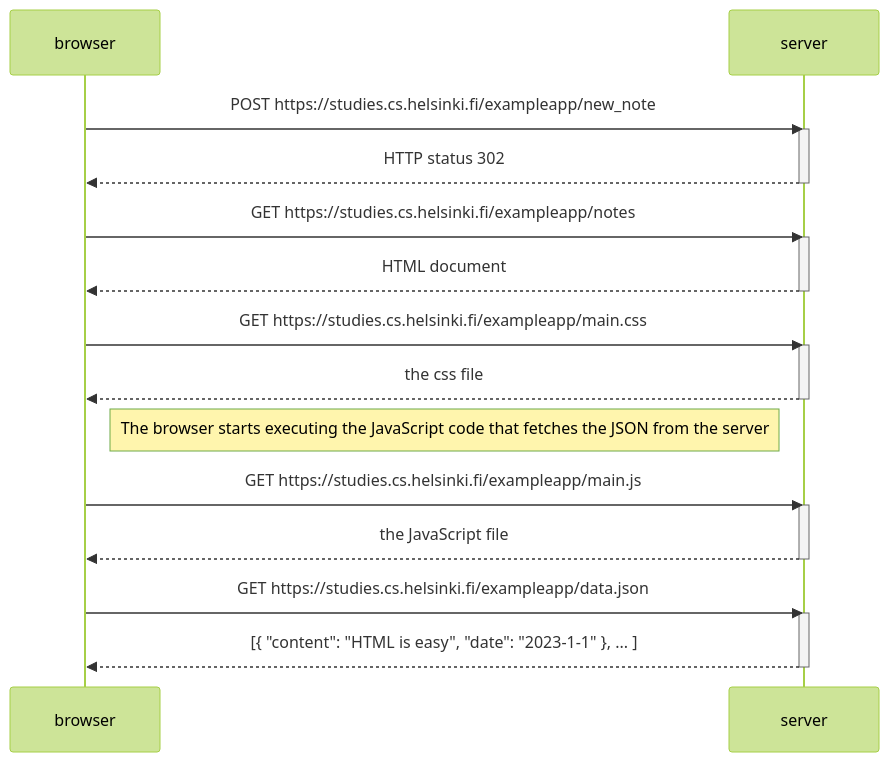
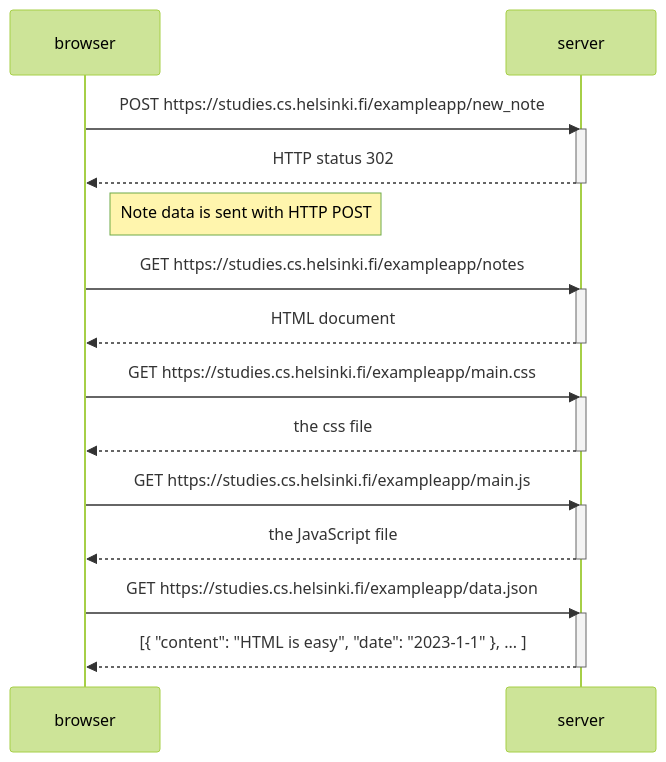
The diagram in part0/0.4.md (arvidkullhammar/Fullstack-Open), drawn with Mermaid (forest theme) before and after one commit.

````diff
--- a/part0/0.4.md
+++ b/part0/0.4.md
@@ -1,33 +1,33 @@
 ```mermaid
 sequenceDiagram
     participant browser
     participant server
 
     browser->>server: POST https://studies.cs.helsinki.fi/exampleapp/new_note
     activate server
     server-->>browser: HTTP status 302
     deactivate server
 
+    Note right of browser: Note data is sent with HTTP POST
+
     browser->>server: GET https://studies.cs.helsinki.fi/exampleapp/notes
     activate server
     server-->>browser: HTML document
     deactivate server
 
     browser->>server: GET https://studies.cs.helsinki.fi/exampleapp/main.css
     activate server
     server-->>browser: the css file
     deactivate server
-
-Note right of browser: The browser starts executing the JavaScript code that fetches the JSON from the server
 
     browser->>server: GET https://studies.cs.helsinki.fi/exampleapp/main.js
     activate server
     server-->>browser: the JavaScript file
     deactivate server
 
 
     browser->>server: GET https://studies.cs.helsinki.fi/exampleapp/data.json
     activate server
     server-->>browser: [{ "content": "HTML is easy", "date": "2023-1-1" }, ... ]
     deactivate server
 ```
````
